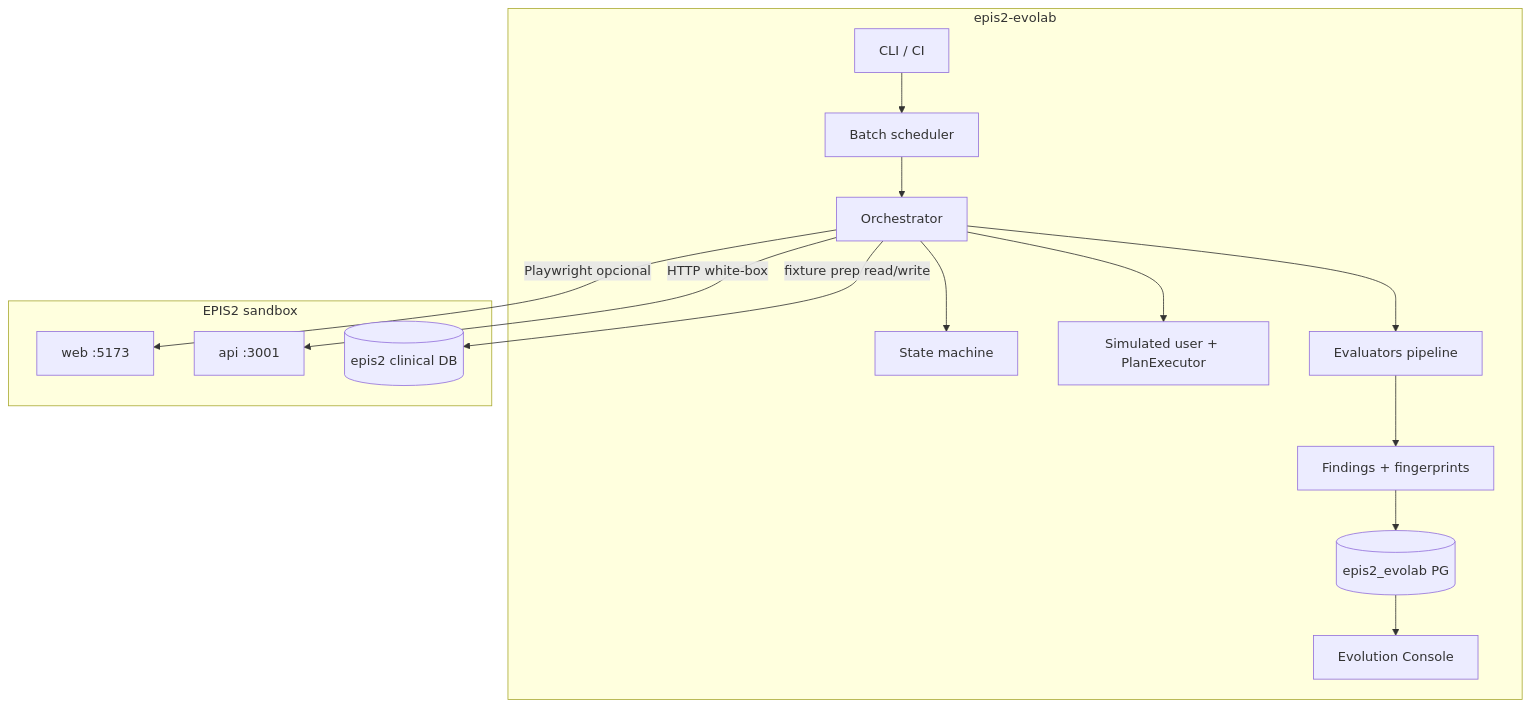
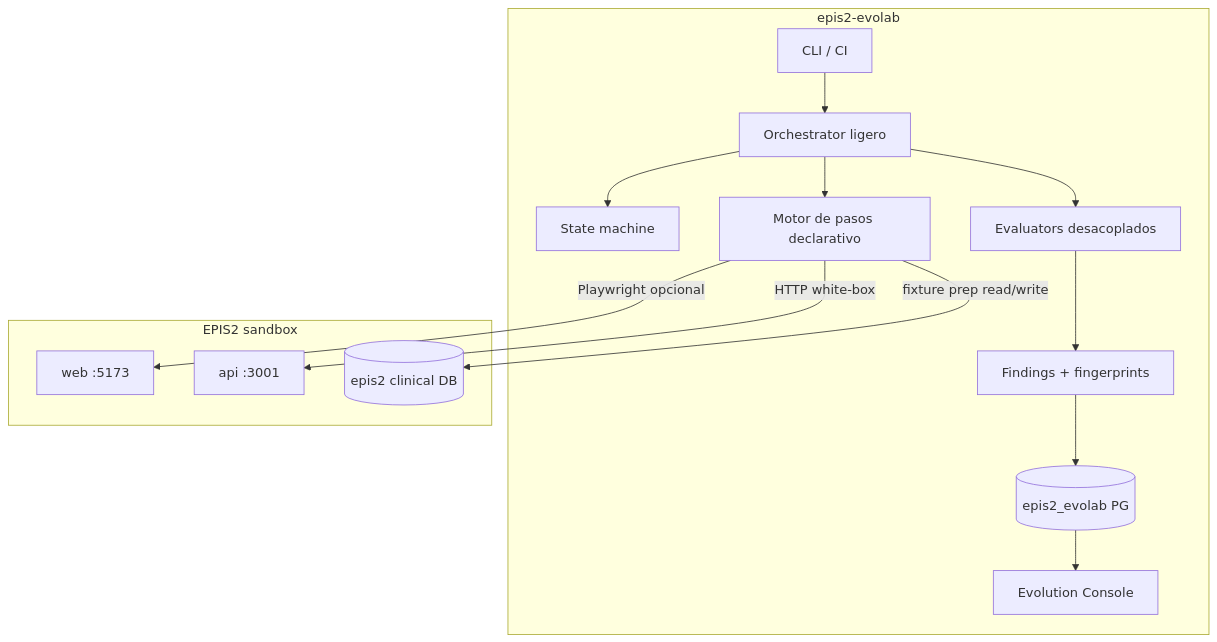
The diagram in docs/evolution/EVOLAB_ROADMAP.md (gabriel2320/epis2-evolab), drawn with Mermaid before and after one commit. The commit also changed other lines of this file and 3 other files, not shown here.

Commit message:
docs: optimize roadmap to v2 (declarative step engine first) + norma compliance matrix

````diff
--- a/docs/evolution/EVOLAB_ROADMAP.md
+++ b/docs/evolution/EVOLAB_ROADMAP.md
@@ -49,29 +175,28 @@
 ```mermaid
 flowchart TB
   subgraph evolab [epis2-evolab]
     CLI[CLI / CI]
-    ORCH[Orchestrator]
+    ORCH[Orchestrator ligero]
     SM[State machine]
-    BATCH[Batch scheduler]
-    PLAN[Simulated user + PlanExecutor]
-    EVAL[Evaluators pipeline]
+    ENGINE[Motor de pasos declarativo]
+    EVAL[Evaluators desacoplados]
     FIND[Findings + fingerprints]
     DB[(epis2_evolab PG)]
     CON[Evolution Console]
-    CLI --> BATCH --> ORCH
+    CLI --> ORCH
     ORCH --> SM
-    ORCH --> PLAN
+    ORCH --> ENGINE
     ORCH --> EVAL --> FIND --> DB
     DB --> CON
   end
 
   subgraph target [EPIS2 sandbox]
     WEB[web :5173]
     API[api :3001]
     PG[(epis2 clinical DB)]
   end
 
-  ORCH -->|HTTP white-box| API
-  ORCH -->|Playwright opcional| WEB
-  ORCH -->|fixture prep read/write| PG
+  ENGINE -->|HTTP white-box| API
+  ENGINE -->|Playwright opcional| WEB
+  ENGINE -->|fixture prep read/write| PG
 ```
````
